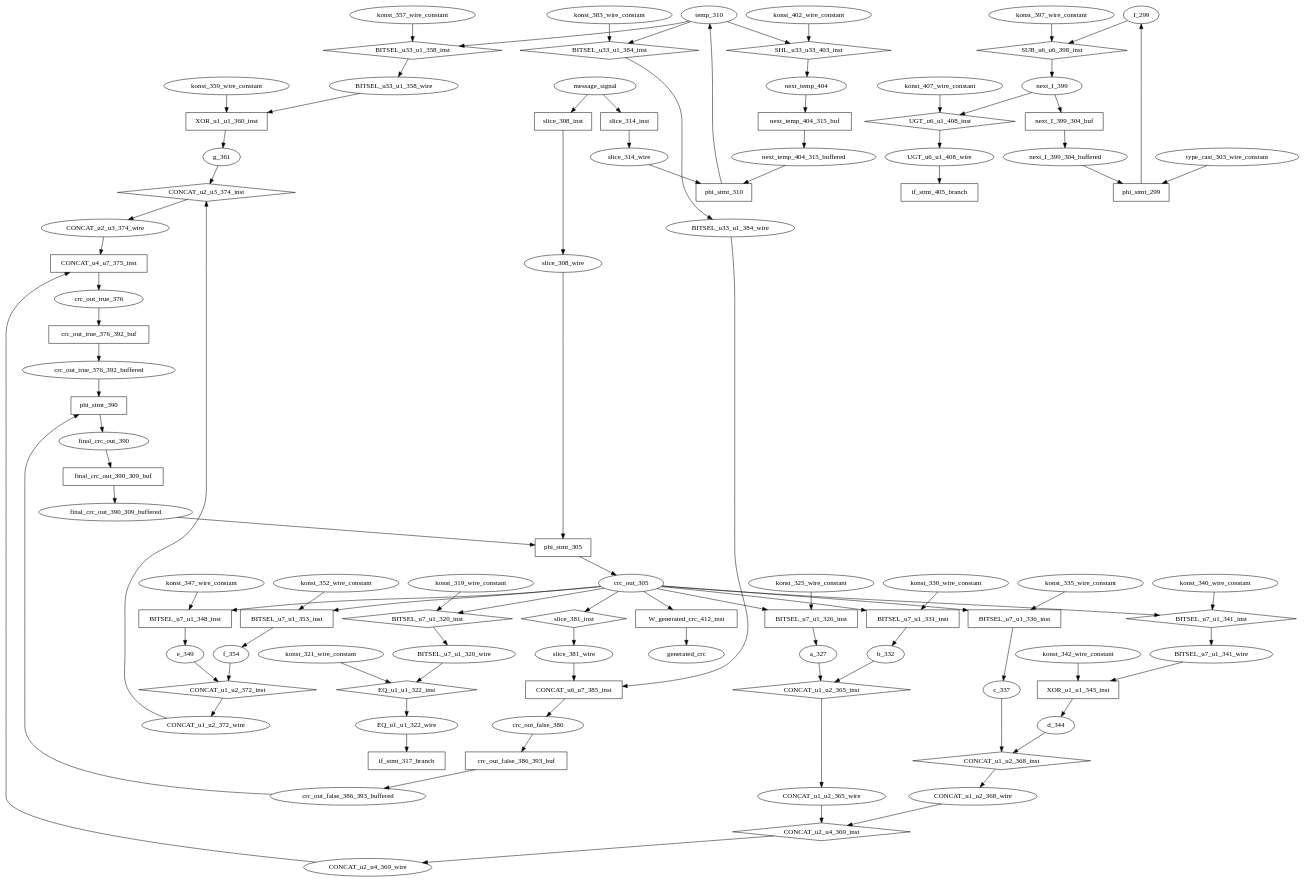
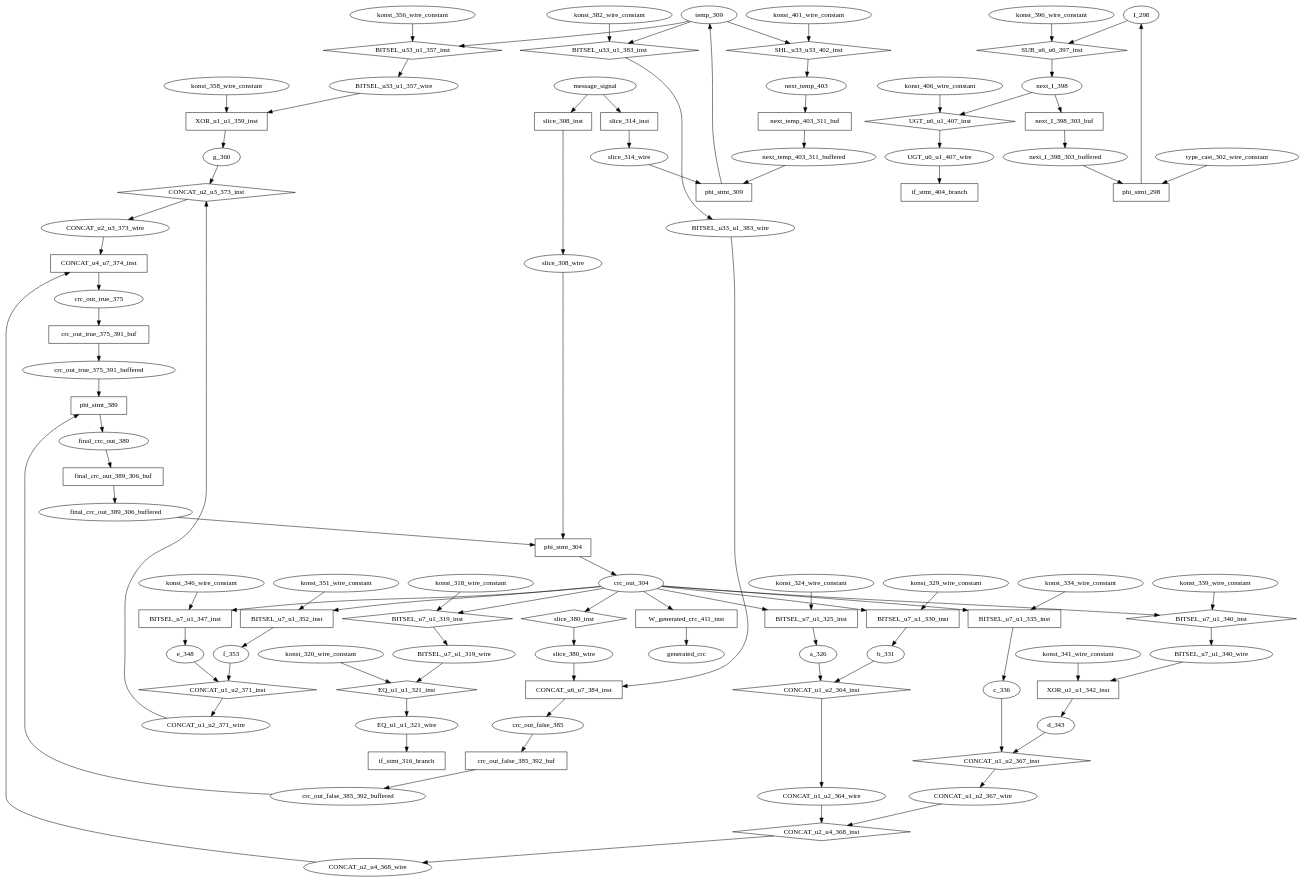
The diagram in SD/SD_Host_Controller/hw/generate_crc_7_DP.dot (Priyankar1996/AjitPeripherals), drawn with Graphviz before and after one commit. The commit also changed 48 other files, not shown here.

```diff
--- a/SD/SD_Host_Controller/hw/generate_crc_7_DP.dot
+++ b/SD/SD_Host_Controller/hw/generate_crc_7_DP.dot
@@ -1,187 +1,187 @@
 digraph data_path {
-  BITSEL_u33_u1_358_wire [shape=ellipse];
-  BITSEL_u33_u1_384_wire [shape=ellipse];
-  BITSEL_u7_u1_320_wire [shape=ellipse];
-  BITSEL_u7_u1_341_wire [shape=ellipse];
-  CONCAT_u1_u2_365_wire [shape=ellipse];
-  CONCAT_u1_u2_368_wire [shape=ellipse];
-  CONCAT_u1_u2_372_wire [shape=ellipse];
-  CONCAT_u2_u3_374_wire [shape=ellipse];
-  CONCAT_u2_u4_369_wire [shape=ellipse];
-  EQ_u1_u1_322_wire [shape=ellipse];
-  I_299 [shape=ellipse];
-  UGT_u6_u1_408_wire [shape=ellipse];
-  a_327 [shape=ellipse];
-  b_332 [shape=ellipse];
-  c_337 [shape=ellipse];
-  crc_out_305 [shape=ellipse];
-  crc_out_false_386 [shape=ellipse];
-  crc_out_false_386_393_buffered [shape=ellipse];
-  crc_out_true_376 [shape=ellipse];
-  crc_out_true_376_392_buffered [shape=ellipse];
-  d_344 [shape=ellipse];
-  e_349 [shape=ellipse];
-  f_354 [shape=ellipse];
-  final_crc_out_390 [shape=ellipse];
-  final_crc_out_390_309_buffered [shape=ellipse];
-  g_361 [shape=ellipse];
-  konst_319_wire_constant [shape=ellipse];
-  konst_321_wire_constant [shape=ellipse];
-  konst_325_wire_constant [shape=ellipse];
-  konst_330_wire_constant [shape=ellipse];
-  konst_335_wire_constant [shape=ellipse];
-  konst_340_wire_constant [shape=ellipse];
-  konst_342_wire_constant [shape=ellipse];
-  konst_347_wire_constant [shape=ellipse];
-  konst_352_wire_constant [shape=ellipse];
-  konst_357_wire_constant [shape=ellipse];
-  konst_359_wire_constant [shape=ellipse];
-  konst_383_wire_constant [shape=ellipse];
-  konst_397_wire_constant [shape=ellipse];
-  konst_402_wire_constant [shape=ellipse];
-  konst_407_wire_constant [shape=ellipse];
-  next_I_399 [shape=ellipse];
-  next_I_399_304_buffered [shape=ellipse];
-  next_temp_404 [shape=ellipse];
-  next_temp_404_315_buffered [shape=ellipse];
+  BITSEL_u33_u1_357_wire [shape=ellipse];
+  BITSEL_u33_u1_383_wire [shape=ellipse];
+  BITSEL_u7_u1_319_wire [shape=ellipse];
+  BITSEL_u7_u1_340_wire [shape=ellipse];
+  CONCAT_u1_u2_364_wire [shape=ellipse];
+  CONCAT_u1_u2_367_wire [shape=ellipse];
+  CONCAT_u1_u2_371_wire [shape=ellipse];
+  CONCAT_u2_u3_373_wire [shape=ellipse];
+  CONCAT_u2_u4_368_wire [shape=ellipse];
+  EQ_u1_u1_321_wire [shape=ellipse];
+  I_298 [shape=ellipse];
+  UGT_u6_u1_407_wire [shape=ellipse];
+  a_326 [shape=ellipse];
+  b_331 [shape=ellipse];
+  c_336 [shape=ellipse];
+  crc_out_304 [shape=ellipse];
+  crc_out_false_385 [shape=ellipse];
+  crc_out_false_385_392_buffered [shape=ellipse];
+  crc_out_true_375 [shape=ellipse];
+  crc_out_true_375_391_buffered [shape=ellipse];
+  d_343 [shape=ellipse];
+  e_348 [shape=ellipse];
+  f_353 [shape=ellipse];
+  final_crc_out_389 [shape=ellipse];
+  final_crc_out_389_306_buffered [shape=ellipse];
+  g_360 [shape=ellipse];
+  konst_318_wire_constant [shape=ellipse];
+  konst_320_wire_constant [shape=ellipse];
+  konst_324_wire_constant [shape=ellipse];
+  konst_329_wire_constant [shape=ellipse];
+  konst_334_wire_constant [shape=ellipse];
+  konst_339_wire_constant [shape=ellipse];
+  konst_341_wire_constant [shape=ellipse];
+  konst_346_wire_constant [shape=ellipse];
+  konst_351_wire_constant [shape=ellipse];
+  konst_356_wire_constant [shape=ellipse];
+  konst_358_wire_constant [shape=ellipse];
+  konst_382_wire_constant [shape=ellipse];
+  konst_396_wire_constant [shape=ellipse];
+  konst_401_wire_constant [shape=ellipse];
+  konst_406_wire_constant [shape=ellipse];
+  next_I_398 [shape=ellipse];
+  next_I_398_303_buffered [shape=ellipse];
+  next_temp_403 [shape=ellipse];
+  next_temp_403_311_buffered [shape=ellipse];
   slice_308_wire [shape=ellipse];
   slice_314_wire [shape=ellipse];
-  slice_381_wire [shape=ellipse];
-  temp_310 [shape=ellipse];
-  type_cast_303_wire_constant [shape=ellipse];
-  BITSEL_u33_u1_358_inst [shape=diamond];
-temp_310  -> BITSEL_u33_u1_358_inst;
-konst_357_wire_constant  -> BITSEL_u33_u1_358_inst;
-BITSEL_u33_u1_358_inst -> BITSEL_u33_u1_358_wire;
-  BITSEL_u33_u1_384_inst [shape=diamond];
-temp_310  -> BITSEL_u33_u1_384_inst;
-konst_383_wire_constant  -> BITSEL_u33_u1_384_inst;
-BITSEL_u33_u1_384_inst -> BITSEL_u33_u1_384_wire;
-  BITSEL_u7_u1_320_inst [shape=diamond];
-crc_out_305  -> BITSEL_u7_u1_320_inst;
-konst_319_wire_constant  -> BITSEL_u7_u1_320_inst;
-BITSEL_u7_u1_320_inst -> BITSEL_u7_u1_320_wire;
-  BITSEL_u7_u1_326_inst [shape=rectangle];
-crc_out_305  -> BITSEL_u7_u1_326_inst;
-konst_325_wire_constant  -> BITSEL_u7_u1_326_inst;
-BITSEL_u7_u1_326_inst -> a_327;
-  BITSEL_u7_u1_331_inst [shape=rectangle];
-crc_out_305  -> BITSEL_u7_u1_331_inst;
-konst_330_wire_constant  -> BITSEL_u7_u1_331_inst;
-BITSEL_u7_u1_331_inst -> b_332;
-  BITSEL_u7_u1_336_inst [shape=rectangle];
-crc_out_305  -> BITSEL_u7_u1_336_inst;
-konst_335_wire_constant  -> BITSEL_u7_u1_336_inst;
-BITSEL_u7_u1_336_inst -> c_337;
-  BITSEL_u7_u1_341_inst [shape=diamond];
-crc_out_305  -> BITSEL_u7_u1_341_inst;
-konst_340_wire_constant  -> BITSEL_u7_u1_341_inst;
-BITSEL_u7_u1_341_inst -> BITSEL_u7_u1_341_wire;
-  BITSEL_u7_u1_348_inst [shape=rectangle];
-crc_out_305  -> BITSEL_u7_u1_348_inst;
-konst_347_wire_constant  -> BITSEL_u7_u1_348_inst;
-BITSEL_u7_u1_348_inst -> e_349;
-  BITSEL_u7_u1_353_inst [shape=rectangle];
-crc_out_305  -> BITSEL_u7_u1_353_inst;
-konst_352_wire_constant  -> BITSEL_u7_u1_353_inst;
-BITSEL_u7_u1_353_inst -> f_354;
-  CONCAT_u1_u2_365_inst [shape=diamond];
-a_327  -> CONCAT_u1_u2_365_inst;
-b_332  -> CONCAT_u1_u2_365_inst;
-CONCAT_u1_u2_365_inst -> CONCAT_u1_u2_365_wire;
-  CONCAT_u1_u2_368_inst [shape=diamond];
-c_337  -> CONCAT_u1_u2_368_inst;
-d_344  -> CONCAT_u1_u2_368_inst;
-CONCAT_u1_u2_368_inst -> CONCAT_u1_u2_368_wire;
-  CONCAT_u1_u2_372_inst [shape=diamond];
-e_349  -> CONCAT_u1_u2_372_inst;
-f_354  -> CONCAT_u1_u2_372_inst;
-CONCAT_u1_u2_372_inst -> CONCAT_u1_u2_372_wire;
-  CONCAT_u2_u3_374_inst [shape=diamond];
-CONCAT_u1_u2_372_wire  -> CONCAT_u2_u3_374_inst;
-g_361  -> CONCAT_u2_u3_374_inst;
-CONCAT_u2_u3_374_inst -> CONCAT_u2_u3_374_wire;
-  CONCAT_u2_u4_369_inst [shape=diamond];
-CONCAT_u1_u2_365_wire  -> CONCAT_u2_u4_369_inst;
-CONCAT_u1_u2_368_wire  -> CONCAT_u2_u4_369_inst;
-CONCAT_u2_u4_369_inst -> CONCAT_u2_u4_369_wire;
-  CONCAT_u4_u7_375_inst [shape=rectangle];
-CONCAT_u2_u4_369_wire  -> CONCAT_u4_u7_375_inst;
-CONCAT_u2_u3_374_wire  -> CONCAT_u4_u7_375_inst;
-CONCAT_u4_u7_375_inst -> crc_out_true_376;
-  CONCAT_u6_u7_385_inst [shape=rectangle];
-slice_381_wire  -> CONCAT_u6_u7_385_inst;
-BITSEL_u33_u1_384_wire  -> CONCAT_u6_u7_385_inst;
-CONCAT_u6_u7_385_inst -> crc_out_false_386;
-  EQ_u1_u1_322_inst [shape=diamond];
-BITSEL_u7_u1_320_wire  -> EQ_u1_u1_322_inst;
-konst_321_wire_constant  -> EQ_u1_u1_322_inst;
-EQ_u1_u1_322_inst -> EQ_u1_u1_322_wire;
-  SHL_u33_u33_403_inst [shape=diamond];
-temp_310  -> SHL_u33_u33_403_inst;
-konst_402_wire_constant  -> SHL_u33_u33_403_inst;
-SHL_u33_u33_403_inst -> next_temp_404;
-  SUB_u6_u6_398_inst [shape=diamond];
-I_299  -> SUB_u6_u6_398_inst;
-konst_397_wire_constant  -> SUB_u6_u6_398_inst;
-SUB_u6_u6_398_inst -> next_I_399;
-  UGT_u6_u1_408_inst [shape=diamond];
-next_I_399  -> UGT_u6_u1_408_inst;
-konst_407_wire_constant  -> UGT_u6_u1_408_inst;
-UGT_u6_u1_408_inst -> UGT_u6_u1_408_wire;
-  W_generated_crc_412_inst [shape=rectangle];
-crc_out_305  -> W_generated_crc_412_inst;
-W_generated_crc_412_inst -> generated_crc;
-  XOR_u1_u1_343_inst [shape=rectangle];
-BITSEL_u7_u1_341_wire  -> XOR_u1_u1_343_inst;
-konst_342_wire_constant  -> XOR_u1_u1_343_inst;
-XOR_u1_u1_343_inst -> d_344;
-  XOR_u1_u1_360_inst [shape=rectangle];
-BITSEL_u33_u1_358_wire  -> XOR_u1_u1_360_inst;
-konst_359_wire_constant  -> XOR_u1_u1_360_inst;
-XOR_u1_u1_360_inst -> g_361;
-  crc_out_false_386_393_buf [shape=rectangle];
-crc_out_false_386  -> crc_out_false_386_393_buf;
-crc_out_false_386_393_buf -> crc_out_false_386_393_buffered;
-  crc_out_true_376_392_buf [shape=rectangle];
-crc_out_true_376  -> crc_out_true_376_392_buf;
-crc_out_true_376_392_buf -> crc_out_true_376_392_buffered;
-  final_crc_out_390_309_buf [shape=rectangle];
-final_crc_out_390  -> final_crc_out_390_309_buf;
-final_crc_out_390_309_buf -> final_crc_out_390_309_buffered;
-  if_stmt_317_branch [shape=rectangle];
-EQ_u1_u1_322_wire  -> if_stmt_317_branch;
-  if_stmt_405_branch [shape=rectangle];
-UGT_u6_u1_408_wire  -> if_stmt_405_branch;
-  next_I_399_304_buf [shape=rectangle];
-next_I_399  -> next_I_399_304_buf;
-next_I_399_304_buf -> next_I_399_304_buffered;
-  next_temp_404_315_buf [shape=rectangle];
-next_temp_404  -> next_temp_404_315_buf;
-next_temp_404_315_buf -> next_temp_404_315_buffered;
-  phi_stmt_299 [shape=rectangle];
-type_cast_303_wire_constant  -> phi_stmt_299;
-next_I_399_304_buffered  -> phi_stmt_299;
-phi_stmt_299 -> I_299;
-  phi_stmt_305 [shape=rectangle];
-slice_308_wire  -> phi_stmt_305;
-final_crc_out_390_309_buffered  -> phi_stmt_305;
-phi_stmt_305 -> crc_out_305;
-  phi_stmt_310 [shape=rectangle];
-slice_314_wire  -> phi_stmt_310;
-next_temp_404_315_buffered  -> phi_stmt_310;
-phi_stmt_310 -> temp_310;
-  phi_stmt_390 [shape=rectangle];
-crc_out_true_376_392_buffered  -> phi_stmt_390;
-crc_out_false_386_393_buffered  -> phi_stmt_390;
-phi_stmt_390 -> final_crc_out_390;
+  slice_380_wire [shape=ellipse];
+  temp_309 [shape=ellipse];
+  type_cast_302_wire_constant [shape=ellipse];
+  BITSEL_u33_u1_357_inst [shape=diamond];
+temp_309  -> BITSEL_u33_u1_357_inst;
+konst_356_wire_constant  -> BITSEL_u33_u1_357_inst;
+BITSEL_u33_u1_357_inst -> BITSEL_u33_u1_357_wire;
+  BITSEL_u33_u1_383_inst [shape=diamond];
+temp_309  -> BITSEL_u33_u1_383_inst;
+konst_382_wire_constant  -> BITSEL_u33_u1_383_inst;
+BITSEL_u33_u1_383_inst -> BITSEL_u33_u1_383_wire;
+  BITSEL_u7_u1_319_inst [shape=diamond];
+crc_out_304  -> BITSEL_u7_u1_319_inst;
+konst_318_wire_constant  -> BITSEL_u7_u1_319_inst;
+BITSEL_u7_u1_319_inst -> BITSEL_u7_u1_319_wire;
+  BITSEL_u7_u1_325_inst [shape=rectangle];
+crc_out_304  -> BITSEL_u7_u1_325_inst;
+konst_324_wire_constant  -> BITSEL_u7_u1_325_inst;
+BITSEL_u7_u1_325_inst -> a_326;
+  BITSEL_u7_u1_330_inst [shape=rectangle];
+crc_out_304  -> BITSEL_u7_u1_330_inst;
+konst_329_wire_constant  -> BITSEL_u7_u1_330_inst;
+BITSEL_u7_u1_330_inst -> b_331;
+  BITSEL_u7_u1_335_inst [shape=rectangle];
+crc_out_304  -> BITSEL_u7_u1_335_inst;
+konst_334_wire_constant  -> BITSEL_u7_u1_335_inst;
+BITSEL_u7_u1_335_inst -> c_336;
+  BITSEL_u7_u1_340_inst [shape=diamond];
+crc_out_304  -> BITSEL_u7_u1_340_inst;
+konst_339_wire_constant  -> BITSEL_u7_u1_340_inst;
+BITSEL_u7_u1_340_inst -> BITSEL_u7_u1_340_wire;
+  BITSEL_u7_u1_347_inst [shape=rectangle];
+crc_out_304  -> BITSEL_u7_u1_347_inst;
+konst_346_wire_constant  -> BITSEL_u7_u1_347_inst;
+BITSEL_u7_u1_347_inst -> e_348;
+  BITSEL_u7_u1_352_inst [shape=rectangle];
+crc_out_304  -> BITSEL_u7_u1_352_inst;
+konst_351_wire_constant  -> BITSEL_u7_u1_352_inst;
+BITSEL_u7_u1_352_inst -> f_353;
+  CONCAT_u1_u2_364_inst [shape=diamond];
+a_326  -> CONCAT_u1_u2_364_inst;
+b_331  -> CONCAT_u1_u2_364_inst;
+CONCAT_u1_u2_364_inst -> CONCAT_u1_u2_364_wire;
+  CONCAT_u1_u2_367_inst [shape=diamond];
+c_336  -> CONCAT_u1_u2_367_inst;
+d_343  -> CONCAT_u1_u2_367_inst;
+CONCAT_u1_u2_367_inst -> CONCAT_u1_u2_367_wire;
+  CONCAT_u1_u2_371_inst [shape=diamond];
+e_348  -> CONCAT_u1_u2_371_inst;
+f_353  -> CONCAT_u1_u2_371_inst;
+CONCAT_u1_u2_371_inst -> CONCAT_u1_u2_371_wire;
+  CONCAT_u2_u3_373_inst [shape=diamond];
+CONCAT_u1_u2_371_wire  -> CONCAT_u2_u3_373_inst;
+g_360  -> CONCAT_u2_u3_373_inst;
+CONCAT_u2_u3_373_inst -> CONCAT_u2_u3_373_wire;
+  CONCAT_u2_u4_368_inst [shape=diamond];
+CONCAT_u1_u2_364_wire  -> CONCAT_u2_u4_368_inst;
+CONCAT_u1_u2_367_wire  -> CONCAT_u2_u4_368_inst;
+CONCAT_u2_u4_368_inst -> CONCAT_u2_u4_368_wire;
+  CONCAT_u4_u7_374_inst [shape=rectangle];
+CONCAT_u2_u4_368_wire  -> CONCAT_u4_u7_374_inst;
+CONCAT_u2_u3_373_wire  -> CONCAT_u4_u7_374_inst;
+CONCAT_u4_u7_374_inst -> crc_out_true_375;
+  CONCAT_u6_u7_384_inst [shape=rectangle];
+slice_380_wire  -> CONCAT_u6_u7_384_inst;
+BITSEL_u33_u1_383_wire  -> CONCAT_u6_u7_384_inst;
+CONCAT_u6_u7_384_inst -> crc_out_false_385;
+  EQ_u1_u1_321_inst [shape=diamond];
+BITSEL_u7_u1_319_wire  -> EQ_u1_u1_321_inst;
+konst_320_wire_constant  -> EQ_u1_u1_321_inst;
+EQ_u1_u1_321_inst -> EQ_u1_u1_321_wire;
+  SHL_u33_u33_402_inst [shape=diamond];
+temp_309  -> SHL_u33_u33_402_inst;
+konst_401_wire_constant  -> SHL_u33_u33_402_inst;
+SHL_u33_u33_402_inst -> next_temp_403;
+  SUB_u6_u6_397_inst [shape=diamond];
+I_298  -> SUB_u6_u6_397_inst;
+konst_396_wire_constant  -> SUB_u6_u6_397_inst;
+SUB_u6_u6_397_inst -> next_I_398;
+  UGT_u6_u1_407_inst [shape=diamond];
+next_I_398  -> UGT_u6_u1_407_inst;
+konst_406_wire_constant  -> UGT_u6_u1_407_inst;
+UGT_u6_u1_407_inst -> UGT_u6_u1_407_wire;
+  W_generated_crc_411_inst [shape=rectangle];
+crc_out_304  -> W_generated_crc_411_inst;
+W_generated_crc_411_inst -> generated_crc;
+  XOR_u1_u1_342_inst [shape=rectangle];
+BITSEL_u7_u1_340_wire  -> XOR_u1_u1_342_inst;
+konst_341_wire_constant  -> XOR_u1_u1_342_inst;
+XOR_u1_u1_342_inst -> d_343;
+  XOR_u1_u1_359_inst [shape=rectangle];
+BITSEL_u33_u1_357_wire  -> XOR_u1_u1_359_inst;
+konst_358_wire_constant  -> XOR_u1_u1_359_inst;
+XOR_u1_u1_359_inst -> g_360;
+  crc_out_false_385_392_buf [shape=rectangle];
+crc_out_false_385  -> crc_out_false_385_392_buf;
+crc_out_false_385_392_buf -> crc_out_false_385_392_buffered;
+  crc_out_true_375_391_buf [shape=rectangle];
+crc_out_true_375  -> crc_out_true_375_391_buf;
+crc_out_true_375_391_buf -> crc_out_true_375_391_buffered;
+  final_crc_out_389_306_buf [shape=rectangle];
+final_crc_out_389  -> final_crc_out_389_306_buf;
+final_crc_out_389_306_buf -> final_crc_out_389_306_buffered;
+  if_stmt_316_branch [shape=rectangle];
+EQ_u1_u1_321_wire  -> if_stmt_316_branch;
+  if_stmt_404_branch [shape=rectangle];
+UGT_u6_u1_407_wire  -> if_stmt_404_branch;
+  next_I_398_303_buf [shape=rectangle];
+next_I_398  -> next_I_398_303_buf;
+next_I_398_303_buf -> next_I_398_303_buffered;
+  next_temp_403_311_buf [shape=rectangle];
+next_temp_403  -> next_temp_403_311_buf;
+next_temp_403_311_buf -> next_temp_403_311_buffered;
+  phi_stmt_298 [shape=rectangle];
+type_cast_302_wire_constant  -> phi_stmt_298;
+next_I_398_303_buffered  -> phi_stmt_298;
+phi_stmt_298 -> I_298;
+  phi_stmt_304 [shape=rectangle];
+final_crc_out_389_306_buffered  -> phi_stmt_304;
+slice_308_wire  -> phi_stmt_304;
+phi_stmt_304 -> crc_out_304;
+  phi_stmt_309 [shape=rectangle];
+next_temp_403_311_buffered  -> phi_stmt_309;
+slice_314_wire  -> phi_stmt_309;
+phi_stmt_309 -> temp_309;
+  phi_stmt_389 [shape=rectangle];
+crc_out_true_375_391_buffered  -> phi_stmt_389;
+crc_out_false_385_392_buffered  -> phi_stmt_389;
+phi_stmt_389 -> final_crc_out_389;
   slice_308_inst [shape=rectangle];
 message_signal  -> slice_308_inst;
 slice_308_inst -> slice_308_wire;
   slice_314_inst [shape=rectangle];
 message_signal  -> slice_314_inst;
 slice_314_inst -> slice_314_wire;
-  slice_381_inst [shape=diamond];
-crc_out_305  -> slice_381_inst;
-slice_381_inst -> slice_381_wire;
+  slice_380_inst [shape=diamond];
+crc_out_304  -> slice_380_inst;
+slice_380_inst -> slice_380_wire;
 }
```
